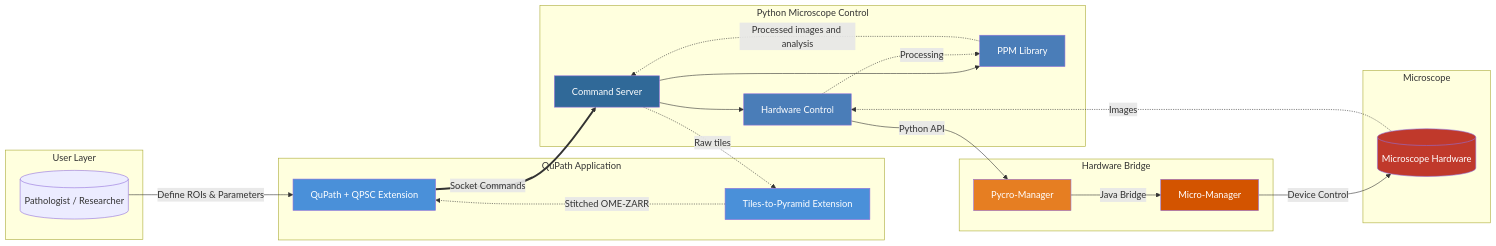
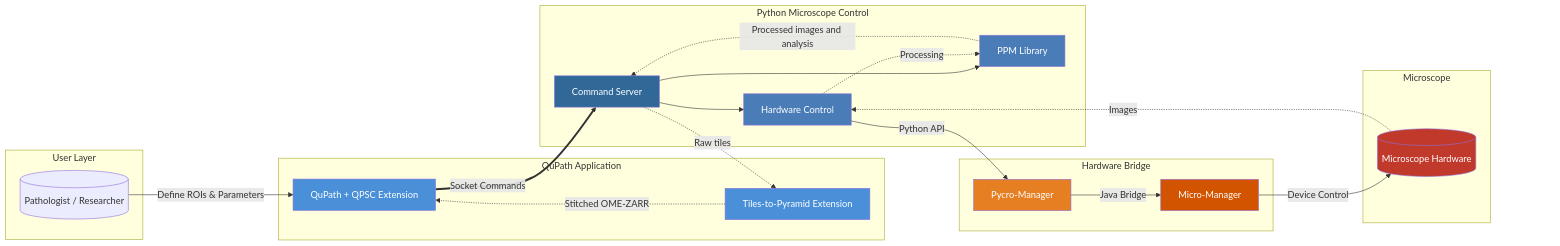
Before and after one commit to uw-loci/QPSC: the first of 4 diagrams in README.md, drawn with Mermaid.

Commit message:
Adjust System Overview diagram layout for better visibility
Reorganized the mermaid flowchart to improve visibility and reduce
overlap with diagram controls:

1. Moved Microscope subgraph definition before Hardware Bridge subgraph
   - Should position Microscope above Micro-Manager vertically
   - Reduces horizontal spread on the right side

2. Added invisible spacing node (SPACE) on the right
   - Creates padding to prevent overlap with pan/zoom controls
   - Uses invisible link (~~~) and transparent styling

Note: Mermaid's auto-layout has limitations - positioning is influenced
by subgraph definition order and connection patterns, but exact placement
is not fully controllable. If further adjustments are needed, may require
restructuring the entire diagram layout or changing graph direction.

````diff
--- a/README.md
+++ b/README.md
@@ -11,57 +11,61 @@
 ```mermaid
 flowchart LR
     subgraph User["User Layer"]
         U[("Pathologist / Researcher")]
     end
 
     subgraph QuPath["QuPath Application"]
         QP["QuPath + QPSC Extension"]
         T2P["Tiles-to-Pyramid Extension"]
     end
 
     subgraph Python["Python Microscope Control"]
         SRV["Command Server"]
         CTRL["Hardware Control"]
         PPM["PPM Library"]
     end
 
+    subgraph Hardware["Microscope"]
+        HW[("Microscope Hardware")]
+    end
+
     subgraph Bridge["Hardware Bridge"]
         PM["Pycro-Manager"]
         MM["Micro-Manager"]
-    end
-
-    subgraph Hardware["Microscope"]
-        HW[("Microscope Hardware")]
     end
 
     U -->|"Define ROIs & Parameters"| QP
     QP ==>|"Socket Commands"| SRV
     SRV --> CTRL
     SRV --> PPM
     CTRL -->|"Python API"| PM
     PM -->|"Java Bridge"| MM
     MM -->|"Device Control"| HW
 
     HW -.->|"Images"| CTRL
     CTRL -.->|"Processing"| PPM
     PPM -.->|"Processed images and analysis"| SRV
     SRV -.->|"Raw tiles"| T2P
     T2P -.->|"Stitched OME-ZARR"| QP
+
+    %% Add invisible spacing node for padding
+    HW ~~~ SPACE[ ]
+    style SPACE fill:none,stroke:none
 
     style QP fill:#4A90D9,color:#fff
     style T2P fill:#4A90D9,color:#fff
     style SRV fill:#306998,color:#fff
     style CTRL fill:#4A7DB8,color:#fff
     style PPM fill:#4A7DB8,color:#fff
     style PM fill:#E67E22,color:#fff
     style MM fill:#D35400,color:#fff
     style HW fill:#C0392B,color:#fff
 
     click QP "https://github.com/uw-loci/qupath-extension-qpsc" "QPSC Extension Repository"
     click T2P "https://github.com/uw-loci/qupath-extension-tiles-to-pyramid" "Tiles-to-Pyramid Extension Repository"
     click SRV "https://github.com/uw-loci/microscope_command_server" "Command Server Repository"
     click CTRL "https://github.com/uw-loci/microscope_control" "Hardware Control Repository"
     click PPM "https://github.com/uw-loci/ppm_library" "PPM Library Repository"
     click PM "https://pycro-manager.readthedocs.io/" "Pycro-Manager Documentation"
     click MM "https://micro-manager.org/" "Micro-Manager Website"
 ```
````
